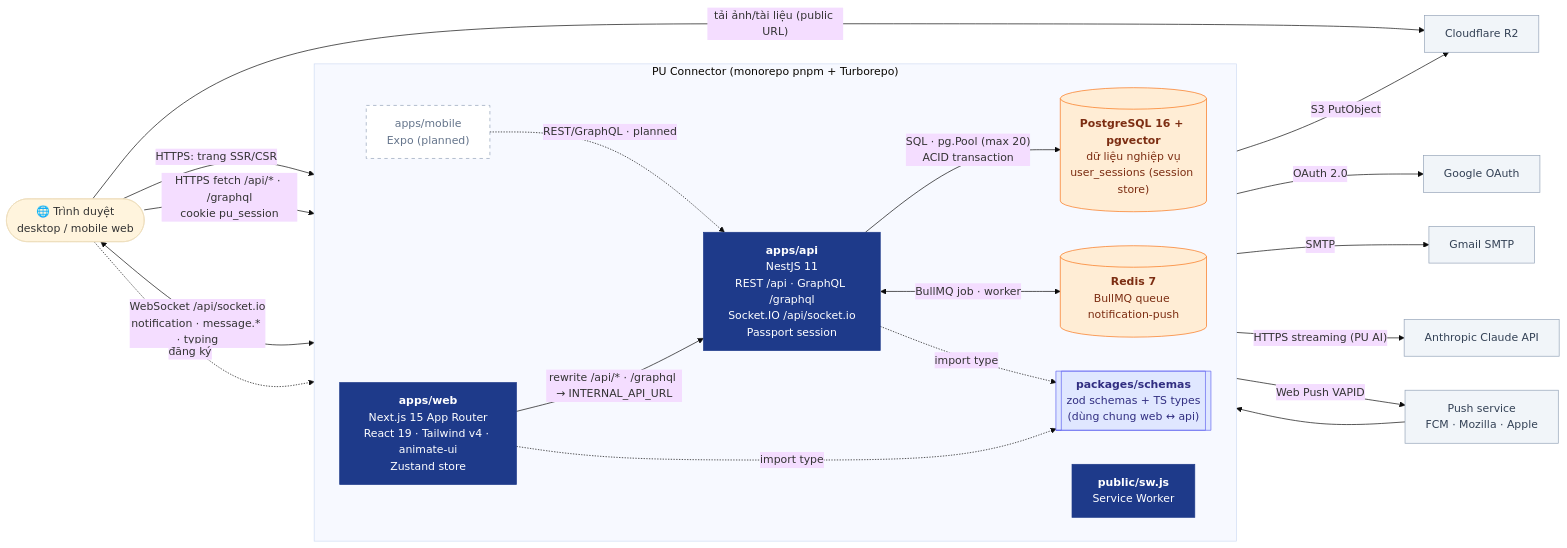
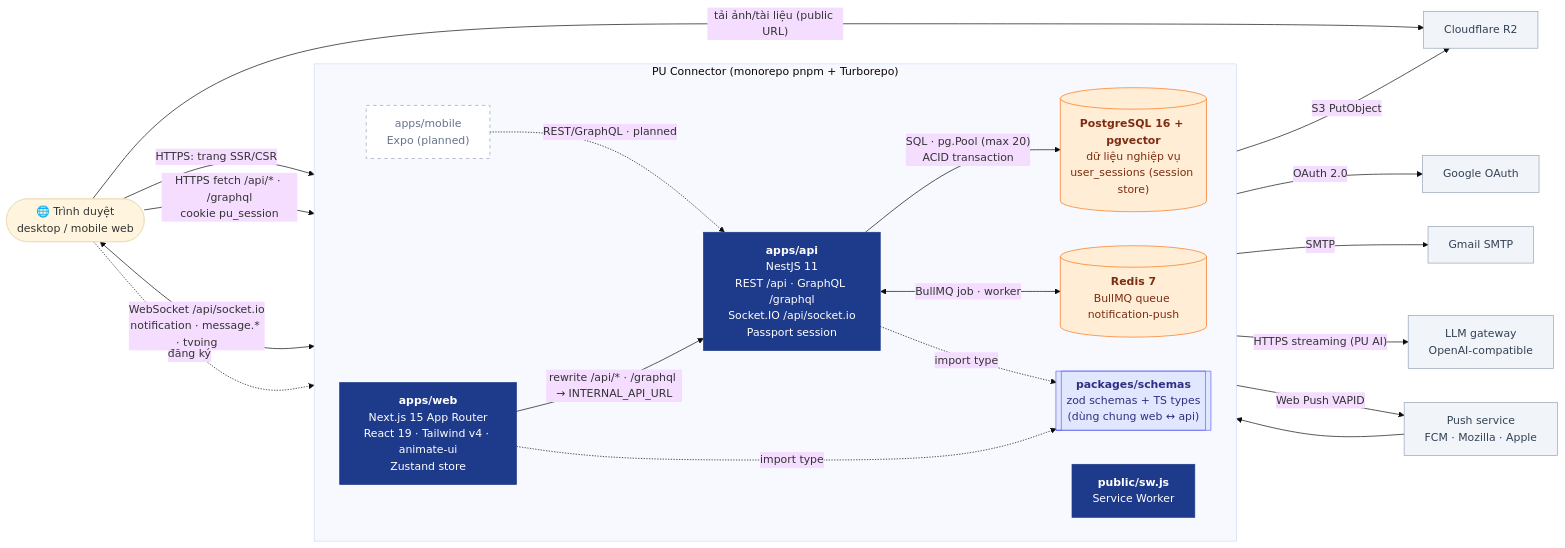
One commit to nhatcoi/pu-connect changed the diagram in docs/diagrams/02-containers.md. Above: the diagram before and after it, drawn with Mermaid (base theme). The commit also changed other lines of this file and 6 other files, not shown here.

Commit message:
docs: PU AI uses an OpenAI-compatible gateway

````diff
--- a/docs/diagrams/02-containers.md
+++ b/docs/diagrams/02-containers.md
@@ -5,50 +5,50 @@
 ```mermaid
 flowchart LR
   browser(["🌐 Trình duyệt<br/>desktop / mobile web"])
 
   subgraph PUC["PU Connector (monorepo pnpm + Turborepo)"]
     direction LR
     web["<b>apps/web</b><br/>Next.js 15 App Router<br/>React 19 · Tailwind v4 · animate-ui<br/>Zustand store"]
     api["<b>apps/api</b><br/>NestJS 11<br/>REST /api · GraphQL /graphql<br/>Socket.IO /api/socket.io<br/>Passport session"]
     schemas[["<b>packages/schemas</b><br/>zod schemas + TS types<br/>(dùng chung web ↔ api)"]]
     redis[("<b>Redis 7</b><br/>BullMQ queue notification-push")]
     sw["<b>public/sw.js</b><br/>Service Worker"]
     db[("<b>PostgreSQL 16 + pgvector</b><br/>dữ liệu nghiệp vụ<br/>user_sessions (session store)")]
     mobile["apps/mobile<br/>Expo (planned)"]
   end
 
   google["Google OAuth"]
   gmail["Gmail SMTP"]
   r2["Cloudflare R2"]
-  claude["Anthropic Claude API"]
+  claude["LLM gateway<br/>OpenAI-compatible"]
 
   browser -->|"HTTPS: trang SSR/CSR"| web
   browser -->|"HTTPS fetch /api/* · /graphql<br/>cookie pu_session"| web
   web -->|"rewrite /api/* · /graphql → INTERNAL_API_URL"| api
   browser <-->|"WebSocket /api/socket.io<br/>notification · message.* · typing"| api
   browser -->|"tải ảnh/tài liệu (public URL)"| r2
 
   api -->|"SQL · pg.Pool (max 20)<br/>ACID transaction"| db
   api -->|OAuth 2.0| google
   api -->|SMTP| gmail
   api -->|S3 PutObject| r2
   api -->|"HTTPS streaming (PU AI)"| claude
   api <-->|BullMQ job · worker| redis
   api -->|Web Push VAPID| pushsvc["Push service<br/>FCM · Mozilla · Apple"]
   pushsvc --> sw
   browser -. đăng ký .-> sw
   web -. import type .-> schemas
   api -. import type .-> schemas
   mobile -.->|REST/GraphQL · planned| api
 
   classDef app fill:#1e3a8a,stroke:#1e3a8a,color:#fff
   classDef store fill:#ffedd5,stroke:#f97316,color:#7c2d12
   classDef lib fill:#e0e7ff,stroke:#6366f1,color:#312e81
   classDef external fill:#f1f5f9,stroke:#94a3b8,color:#334155
   classDef planned fill:#fff,stroke:#94a3b8,color:#64748b,stroke-dasharray:5 5
   class web,api,sw app
   class db,redis store
   class schemas lib
   class google,gmail,r2,pushsvc,claude external
   class mobile planned
 ```
````
